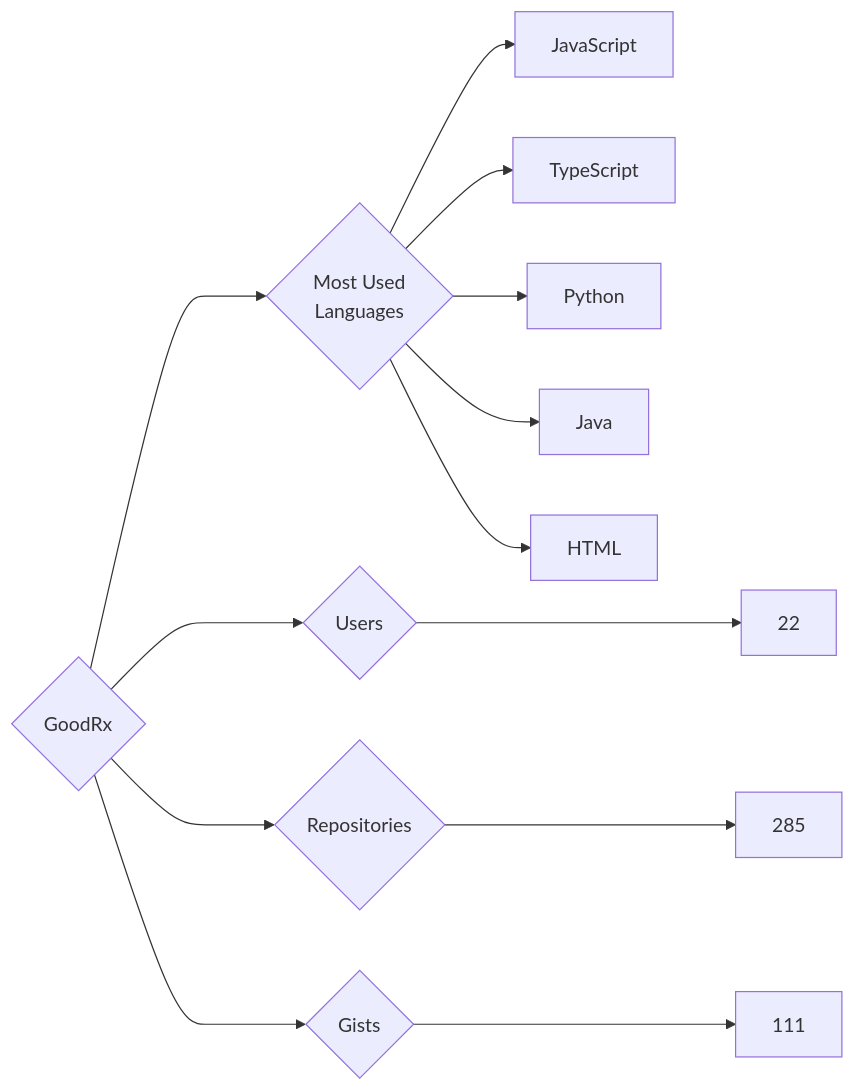
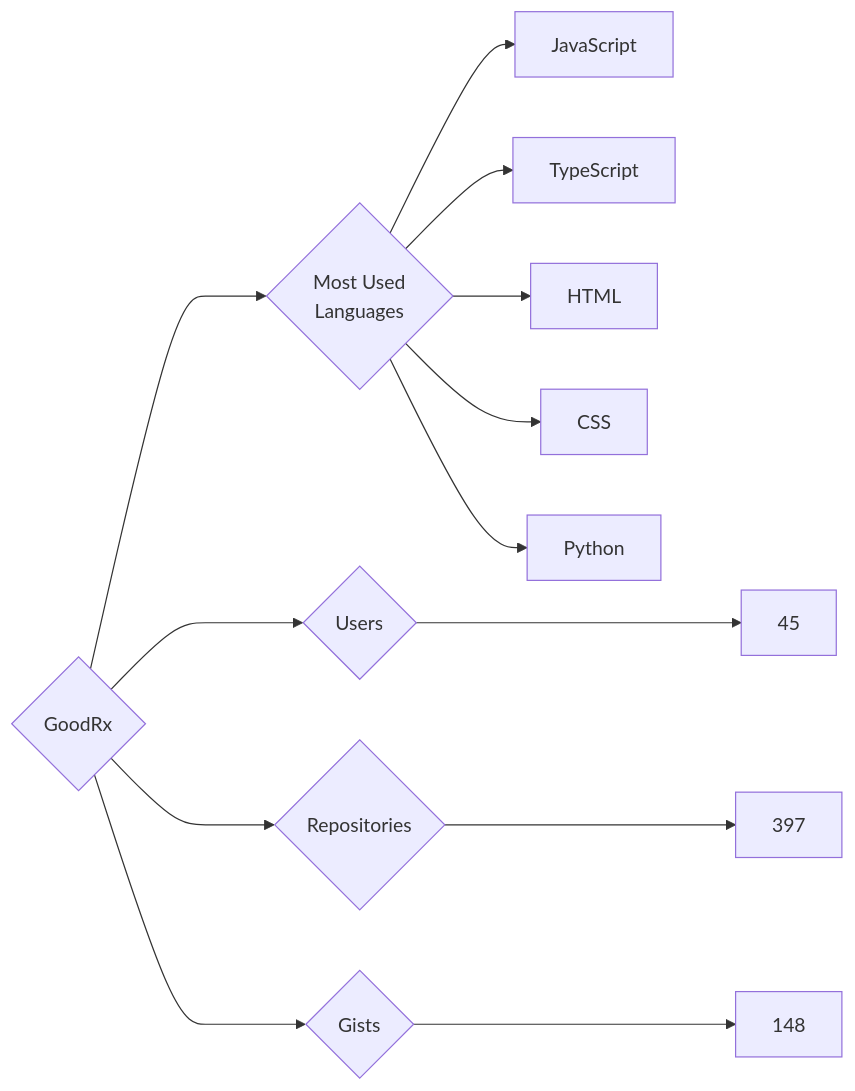
Before and after one commit to trickest/insiders: the diagram in targets/GoodRx/README.md, drawn with Mermaid. The commit also changed 714 other files, not shown here.

````diff
--- a/targets/GoodRx/README.md
+++ b/targets/GoodRx/README.md
@@ -3,13 +3,13 @@
 ```mermaid
 graph LR
 COMPANY_NAME{GoodRx}
-COMPANY_NAME ---> U{Users} ---> UN[22]
-COMPANY_NAME ---> R{Repositories} ---> RN[285]
-COMPANY_NAME ---> G{Gists} ---> GN[111]
+COMPANY_NAME ---> U{Users} ---> UN[45]
+COMPANY_NAME ---> R{Repositories} ---> RN[397]
+COMPANY_NAME ---> G{Gists} ---> GN[148]
 COMPANY_NAME ---> ML{Most Used<br>Languages}
 ML --> JavaScript[JavaScript]
 ML --> TypeScript[TypeScript]
+ML --> HTML[HTML]
+ML --> CSS[CSS]
 ML --> Python[Python]
-ML --> Java[Java]
-ML --> HTML[HTML]
 ```
````
